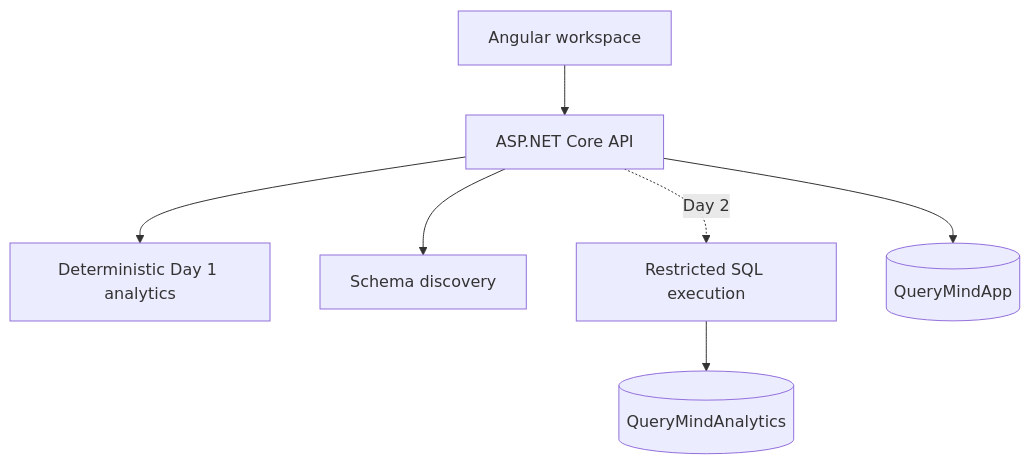
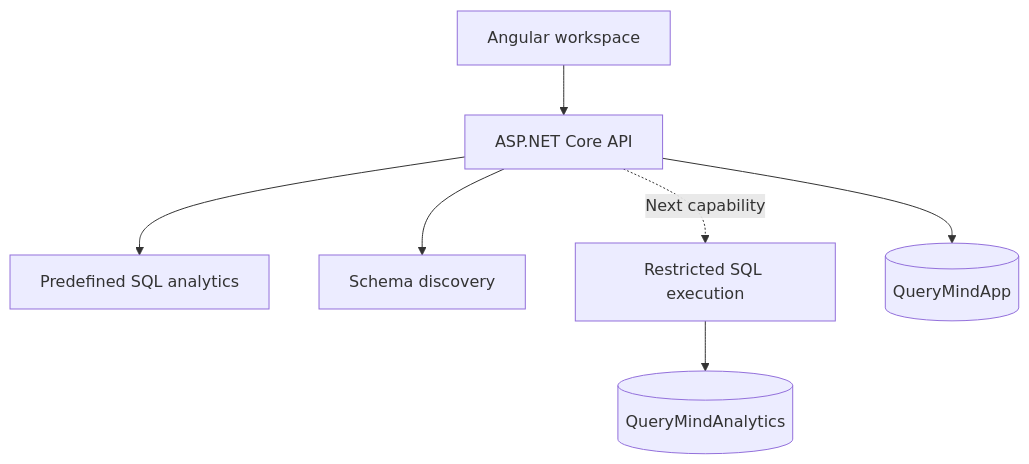
One commit to sakthere/QueryMind changed the second of 2 diagrams in README.md. Above: the diagram before and after it, drawn with Mermaid. The commit also changed other lines of this file and 6 other files, not shown here.

````diff
--- a/README.md
+++ b/README.md
@@ -45,9 +45,9 @@
 ```mermaid
 flowchart TB
     UI[Angular workspace] --> API[ASP.NET Core API]
-    API --> D[Deterministic Day 1 analytics]
+    API --> D[Predefined SQL analytics]
     API --> SC[Schema discovery]
-    API -. Day 2 .-> SQ[Restricted SQL execution]
+    API -. Next capability .-> SQ[Restricted SQL execution]
     SQ --> A[(QueryMindAnalytics)]
     API --> APP[(QueryMindApp)]
 ```
````
